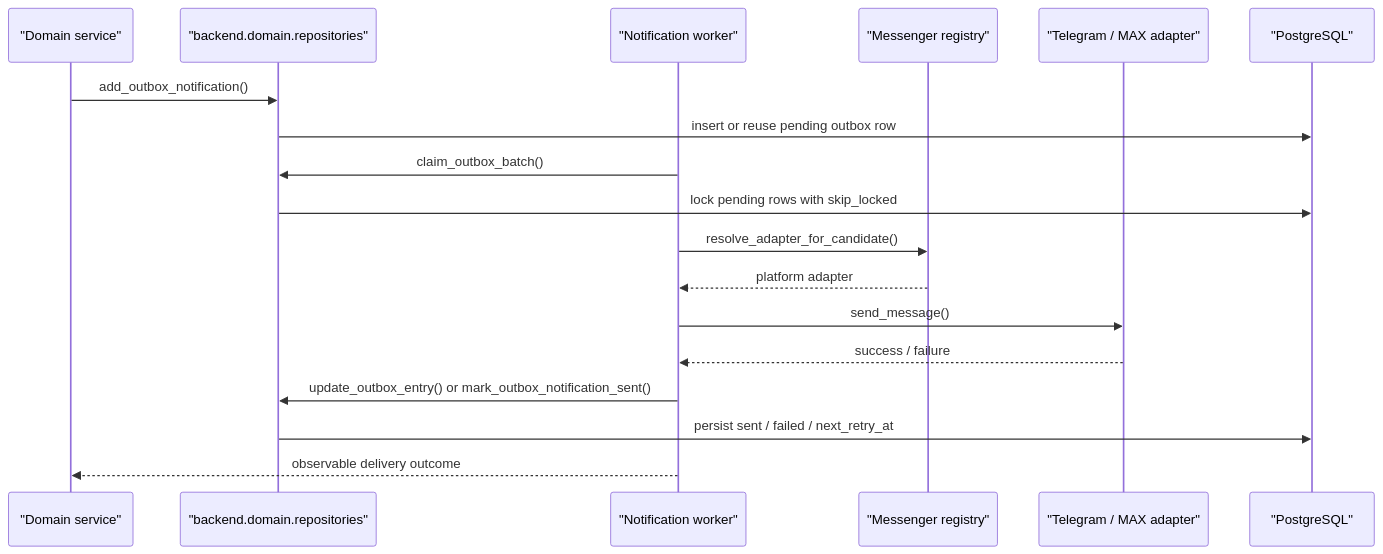
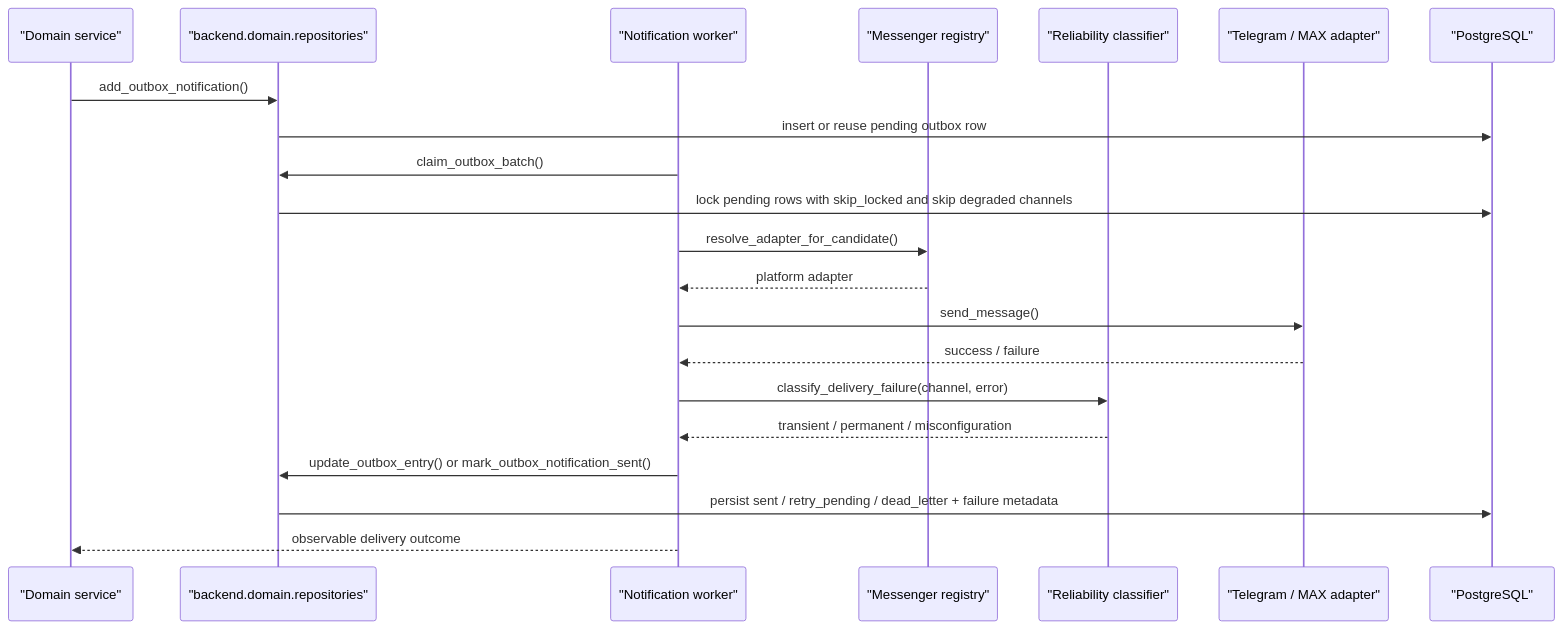
Before and after one commit to padka/HR: the fifth of 12 diagrams in docs/architecture/core-workflows.md, drawn with Mermaid. The commit also changed other lines of this file and 18 other files, not shown here.

````diff
--- a/docs/architecture/core-workflows.md
+++ b/docs/architecture/core-workflows.md
@@ -129,21 +133,24 @@
 ```mermaid
 sequenceDiagram
     participant D as "Domain service"
     participant R as "backend.domain.repositories"
     participant W as "Notification worker"
     participant REG as "Messenger registry"
+    participant REL as "Reliability classifier"
     participant AD as "Telegram / MAX adapter"
     participant DB as "PostgreSQL"
 
     D->>R: add_outbox_notification()
     R->>DB: insert or reuse pending outbox row
     W->>R: claim_outbox_batch()
-    R->>DB: lock pending rows with skip_locked
+    R->>DB: lock pending rows with skip_locked and skip degraded channels
     W->>REG: resolve_adapter_for_candidate()
     REG-->>W: platform adapter
     W->>AD: send_message()
     AD-->>W: success / failure
+    W->>REL: classify_delivery_failure(channel, error)
+    REL-->>W: transient / permanent / misconfiguration
     W->>R: update_outbox_entry() or mark_outbox_notification_sent()
-    R->>DB: persist sent / failed / next_retry_at
+    R->>DB: persist sent / retry_pending / dead_letter + failure metadata
     W-->>D: observable delivery outcome
 ```
````
